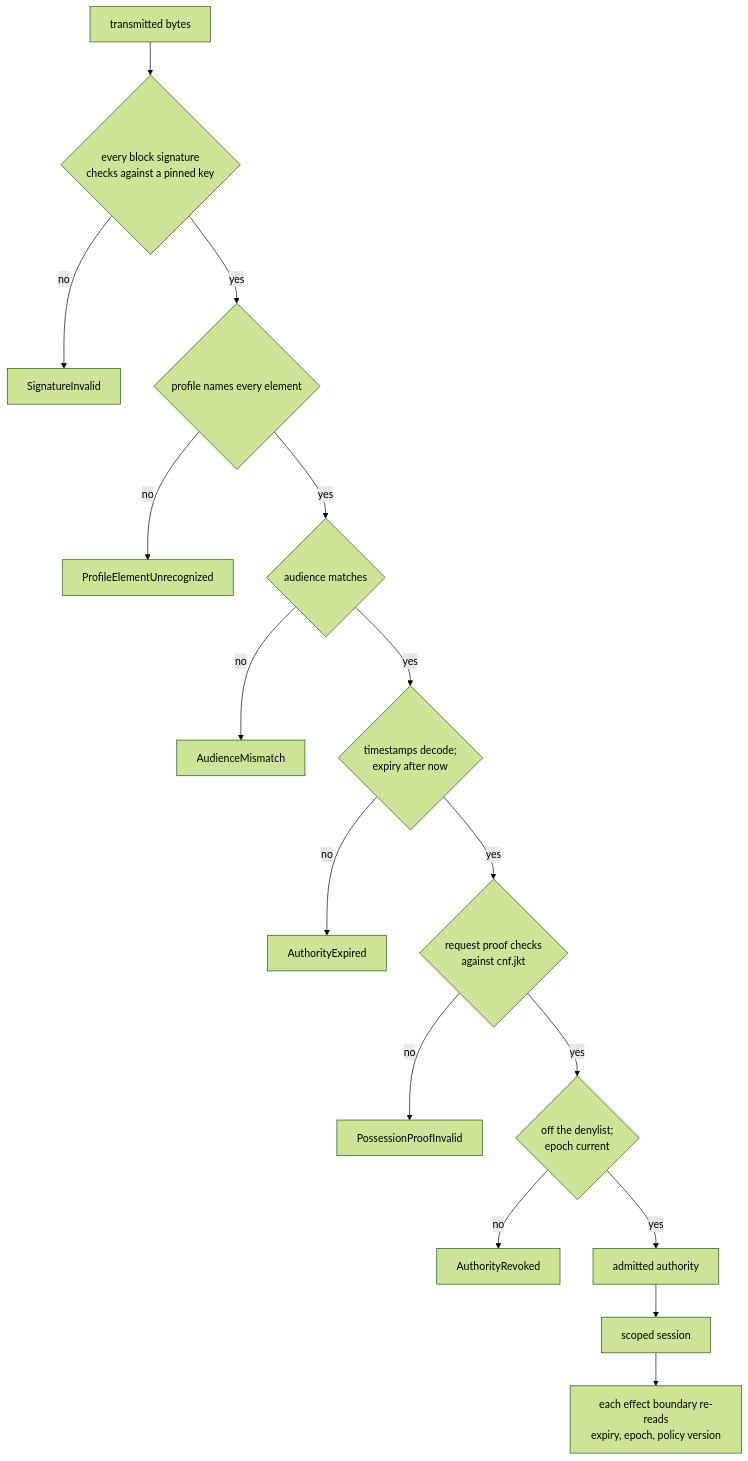
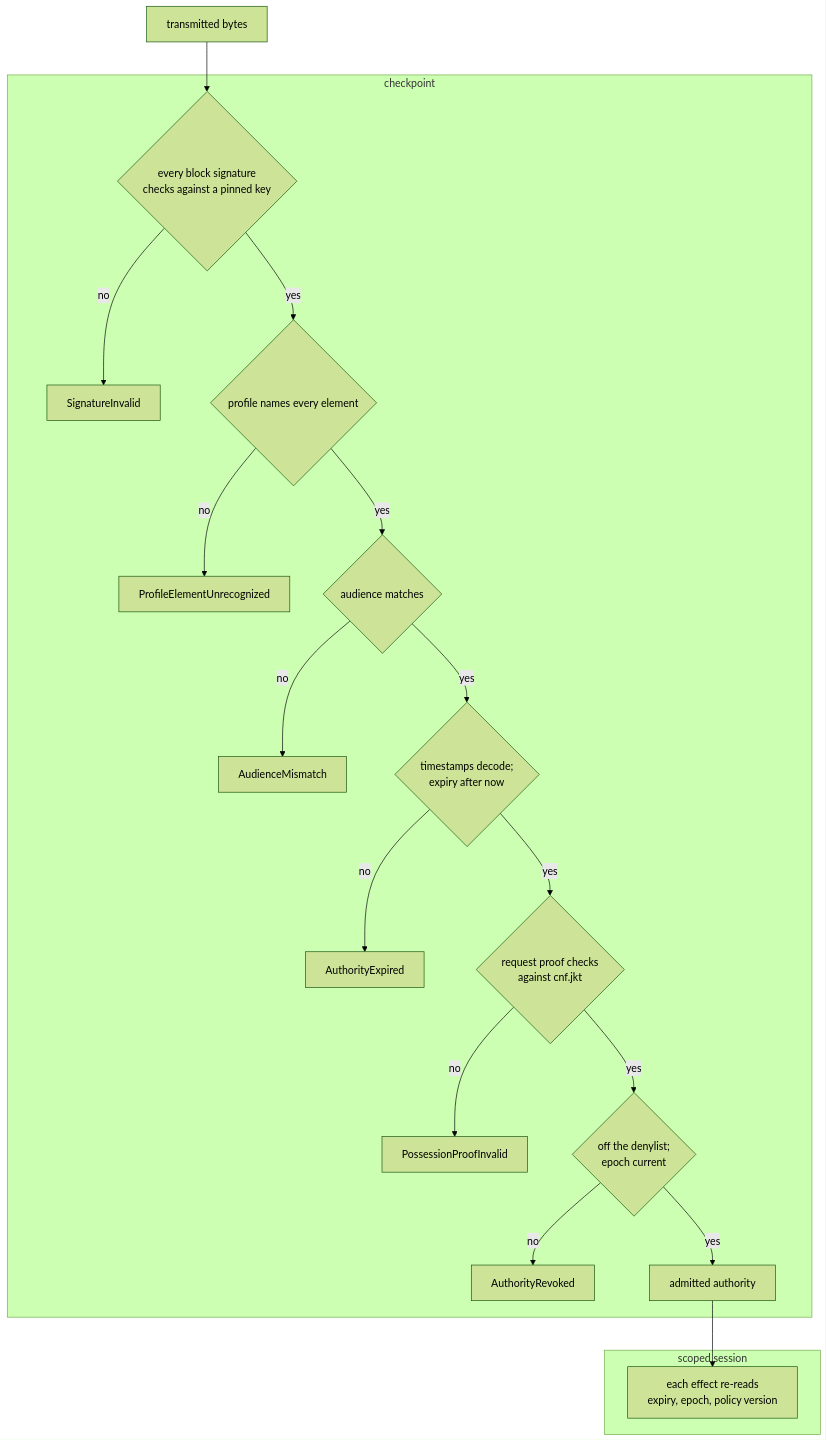
One commit to fractalboxdev/contextful changed the fifth of 5 diagrams in spec/50-authority.md. Above: the diagram before and after it, drawn with Mermaid (forest theme). The commit also changed other lines of this file and 33 other files, not shown here.

Commit message:
spec: diagrams draw contracts, parties and trust zones as containers; a node standing for one is refused

````diff
--- a/spec/50-authority.md
+++ b/spec/50-authority.md
@@ -463,18 +500,23 @@
 ```mermaid
 flowchart TD
-  A["transmitted bytes"] --> B{"every block signature<br/>checks against a pinned key"}
-  B -- no --> R1["SignatureInvalid"]
-  B -- yes --> C{"profile names every element"}
-  C -- no --> R2["ProfileElementUnrecognized"]
-  C -- yes --> D{"audience matches"}
-  D -- no --> R3["AudienceMismatch"]
-  D -- yes --> E{"timestamps decode;<br/>expiry after now"}
-  E -- no --> R4["AuthorityExpired"]
-  E -- yes --> F{"request proof checks<br/>against cnf.jkt"}
-  F -- no --> R5["PossessionProofInvalid"]
-  F -- yes --> G{"off the denylist;<br/>epoch current"}
-  G -- no --> R6["AuthorityRevoked"]
-  G -- yes --> H["admitted authority"]
-  H --> I["scoped session"]
-  I --> J["each effect boundary re-reads<br/>expiry, epoch, policy version"]
+  A["transmitted bytes"] --> B
+  subgraph CPZ["checkpoint"]
+    B{"every block signature<br/>checks against a pinned key"}
+    B -- no --> R1["SignatureInvalid"]
+    B -- yes --> C{"profile names every element"}
+    C -- no --> R2["ProfileElementUnrecognized"]
+    C -- yes --> D{"audience matches"}
+    D -- no --> R3["AudienceMismatch"]
+    D -- yes --> E{"timestamps decode;<br/>expiry after now"}
+    E -- no --> R4["AuthorityExpired"]
+    E -- yes --> F{"request proof checks<br/>against cnf.jkt"}
+    F -- no --> R5["PossessionProofInvalid"]
+    F -- yes --> G{"off the denylist;<br/>epoch current"}
+    G -- no --> R6["AuthorityRevoked"]
+    G -- yes --> H["admitted authority"]
+  end
+  subgraph SESS["scoped session"]
+    J["each effect re-reads<br/>expiry, epoch, policy version"]
+  end
+  H --> J
 ```
````
